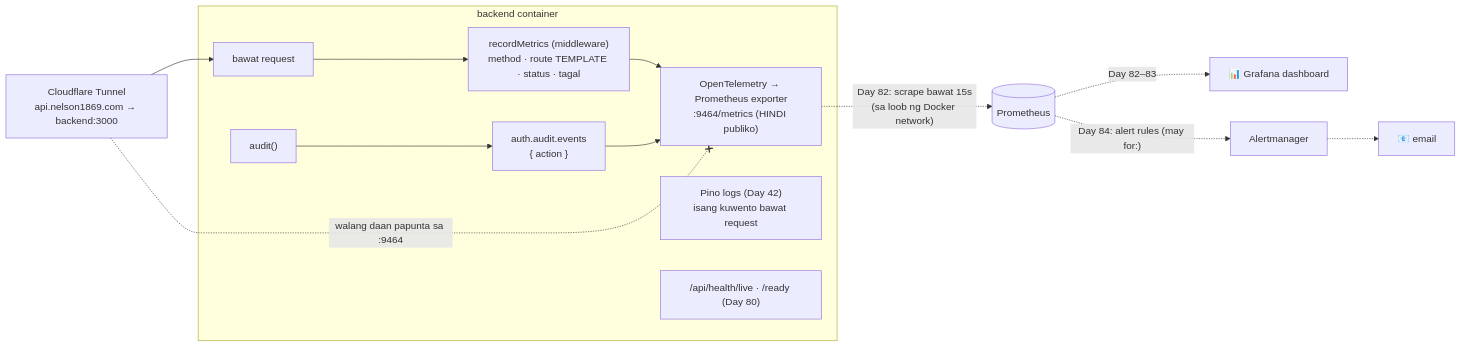
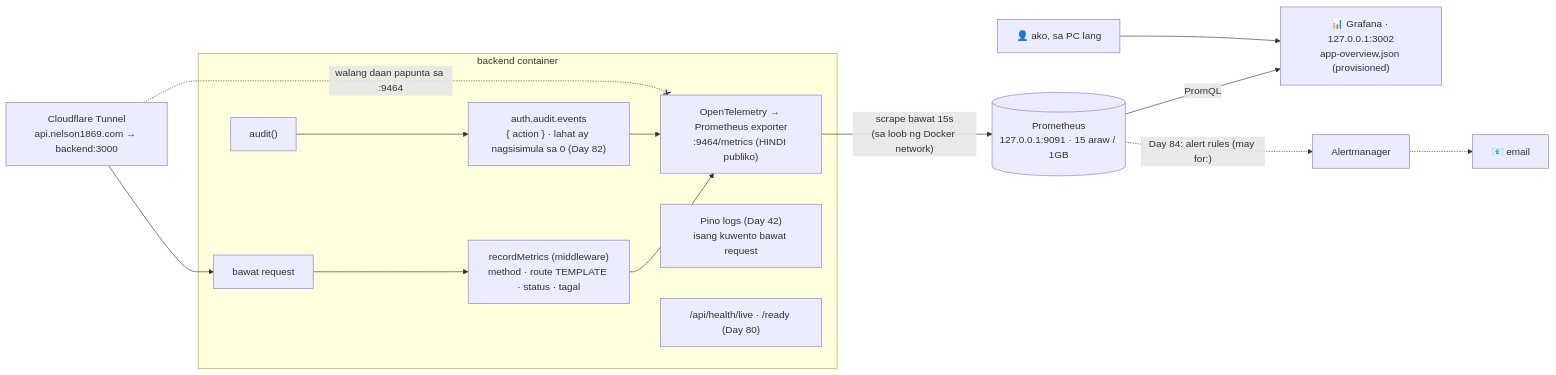
One commit to nelson1869-ai/auth-learning changed the diagram in docs/diagrams/22-observability.md. Above: the diagram before and after it, drawn with Mermaid. The commit also changed other lines of this file and 8 other files, not shown here.

First line of the commit message:
docs+ops: Day 82-83 dashboards — deploy step 7, .http 28, diagram 22, journal

````diff
--- a/docs/diagrams/22-observability.md
+++ b/docs/diagrams/22-observability.md
@@ -7,16 +8,17 @@
 ```mermaid
 flowchart LR
     subgraph APP["backend container"]
         Req["bawat request"] --> MW["recordMetrics (middleware)<br/>method · route TEMPLATE · status · tagal"]
-        Aud["audit()"] --> Cnt["auth.audit.events<br/>{ action }"]
+        Aud["audit()"] --> Cnt["auth.audit.events<br/>{ action } · lahat ay nagsisimula sa 0 (Day 82)"]
         MW --> Exp["OpenTelemetry → Prometheus exporter<br/>:9464/metrics (HINDI publiko)"]
         Cnt --> Exp
         Log["Pino logs (Day 42)<br/>isang kuwento bawat request"]
         Health["/api/health/live · /ready (Day 80)"]
     end
-    Exp -.->|"Day 82: scrape bawat 15s<br/>(sa loob ng Docker network)"| Prom[("Prometheus")]
-    Prom -.->|"Day 82–83"| Graf["📊 Grafana dashboard"]
+    Exp -->|"scrape bawat 15s<br/>(sa loob ng Docker network)"| Prom[("Prometheus<br/>127.0.0.1:9091 · 15 araw / 1GB")]
+    Prom -->|"PromQL"| Graf["📊 Grafana · 127.0.0.1:3002<br/>app-overview.json (provisioned)"]
+    Me["👤 ako, sa PC lang"] --> Graf
     Prom -.->|"Day 84: alert rules (may for:)"| AM["Alertmanager"] -.-> Mail["📧 email"]
     Tunnel["Cloudflare Tunnel<br/>api.nelson1869.com → backend:3000"] --> Req
     Tunnel -. "walang daan papunta sa :9464" .-x Exp
 ```
````
